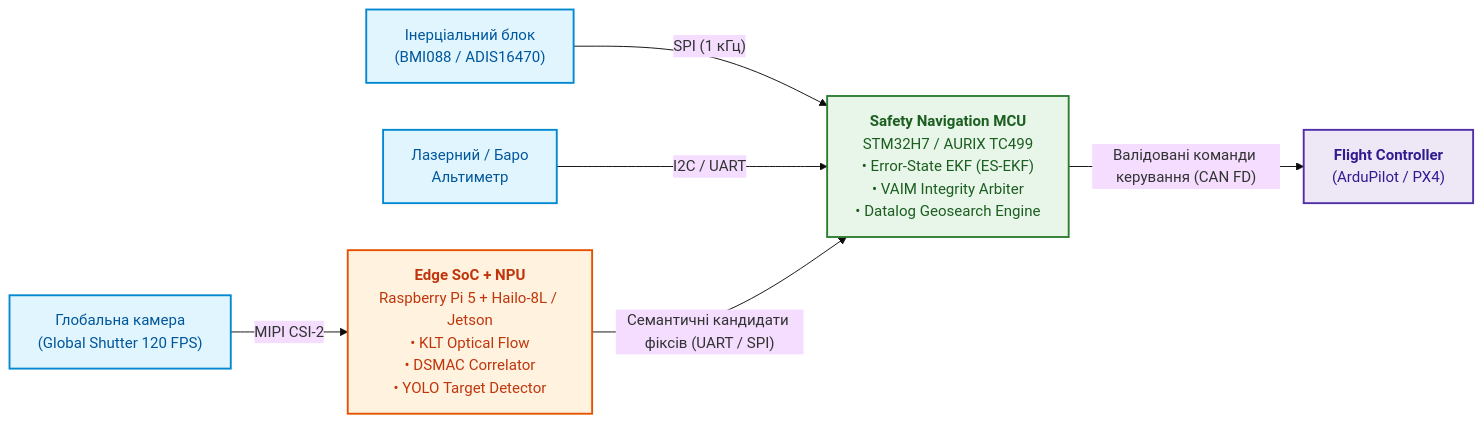
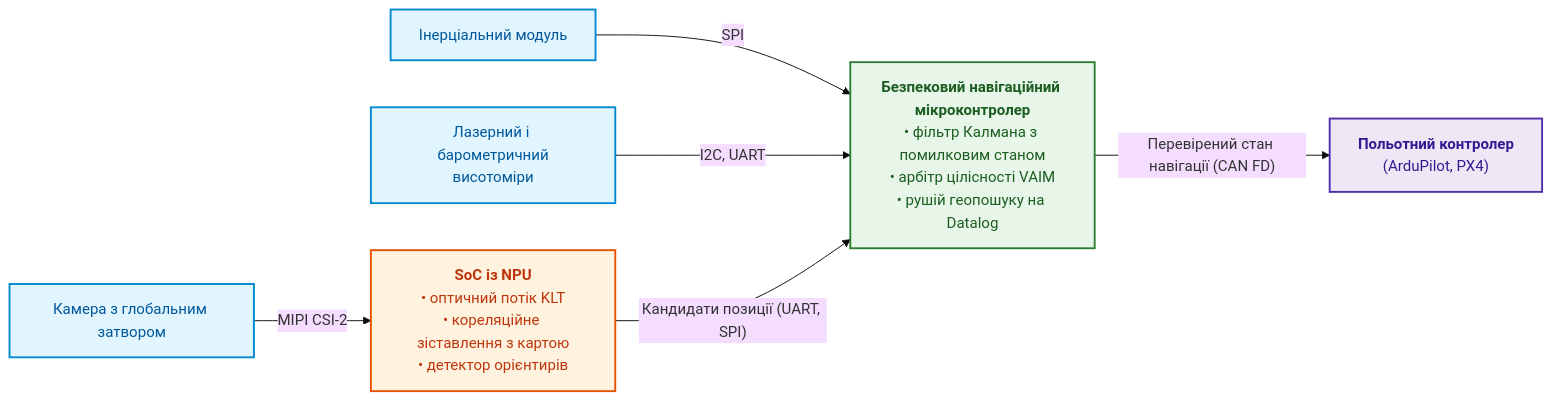
One commit to nick-fedchik/articles changed the fifth of 5 diagrams in ExpertSystem/appendix-c-autonomous-navigation-and-geosearch.md. Above: the diagram before and after it, drawn with Mermaid (base theme). The commit also changed other lines of this file, not shown here.

````diff
--- a/ExpertSystem/appendix-c-autonomous-navigation-and-geosearch.md
+++ b/ExpertSystem/appendix-c-autonomous-navigation-and-geosearch.md
@@ -312,24 +245,24 @@
 ```mermaid
 flowchart LR
     accTitle: Бортовий апаратний конвеєр оптичної навігації
-    accDescr: Взаємодія між глобальною камерою, NPU-прискорювачем, контролером польоту та експертним арбітром.
+    accDescr: Взаємодія камери з глобальним затвором, нейронного прискорювача, безпекового навігаційного мікроконтролера та польотного контролера.
 
-    CAM["Глобальна камера<br/>(Global Shutter 120 FPS)"] -->|"MIPI CSI-2"| NPU["<b>Edge SoC + NPU</b><br/>Raspberry Pi 5 + Hailo-8L / Jetson<br/>• KLT Optical Flow<br/>• DSMAC Correlator<br/>• YOLO Target Detector"]
-    
-    IMU["Інерціальний блок<br/>(BMI088 / ADIS16470)"] -->|"SPI (1 кГц)"| MCU["<b>Safety Navigation MCU</b><br/>STM32H7 / AURIX TC499<br/>• Error-State EKF (ES-EKF)<br/>• VAIM Integrity Arbiter<br/>• Datalog Geosearch Engine"]
-    
-    ALT["Лазерний / Баро<br/>Альтиметр"] -->|"I2C / UART"| MCU
+    CAM["Камера з глобальним затвором"] -->|"MIPI CSI-2"| NPU["<b>SoC із NPU</b><br/>• оптичний потік KLT<br/>• кореляційне зіставлення з картою<br/>• детектор орієнтирів"]
 
-    NPU -->|"Семантичні кандидати фіксів (UART / SPI)"| MCU
-    MCU -->|"Валідовані команди керування (CAN FD)"| FC["<b>Flight Controller</b><br/>(ArduPilot / PX4)"]
+    IMU["Інерціальний модуль"] -->|"SPI"| MCU["<b>Безпековий навігаційний мікроконтролер</b><br/>• фільтр Калмана з помилковим станом<br/>• арбітр цілісності VAIM<br/>• рушій геопошуку на Datalog"]
+
+    ALT["Лазерний і барометричний<br/>висотоміри"] -->|"I2C, UART"| MCU
+
+    NPU -->|"Кандидати позиції (UART, SPI)"| MCU
+    MCU -->|"Перевірений стан навігації (CAN FD)"| FC["<b>Польотний контролер</b><br/>(ArduPilot, PX4)"]
 
     classDef sens fill:#e1f5fe,stroke:#0288d1,stroke-width:2px,color:#01579b;
     classDef npu fill:#fff3e0,stroke:#e65100,stroke-width:2px,color:#bf360c;
     classDef mcu fill:#e8f5e9,stroke:#2e7d32,stroke-width:2px,color:#1b5e20;
     classDef fc fill:#ede7f6,stroke:#512da8,stroke-width:2px,color:#311b92;
 
     class CAM,IMU,ALT sens;
     class NPU npu;
     class MCU mcu;
     class FC fc;
 ```
````
